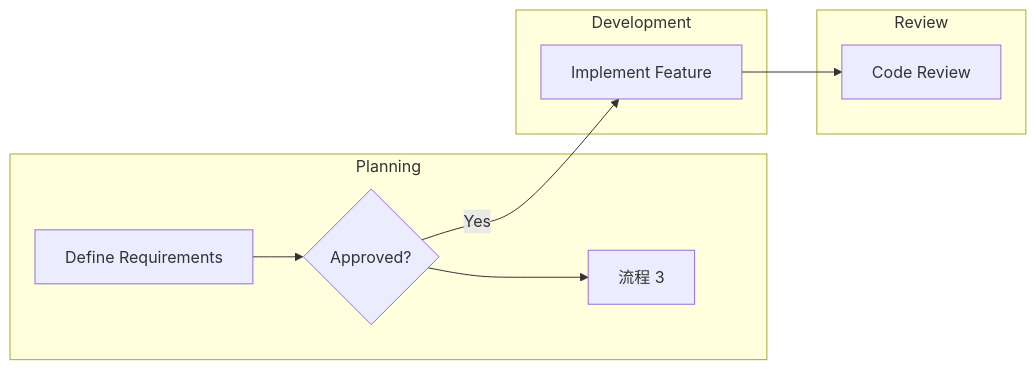
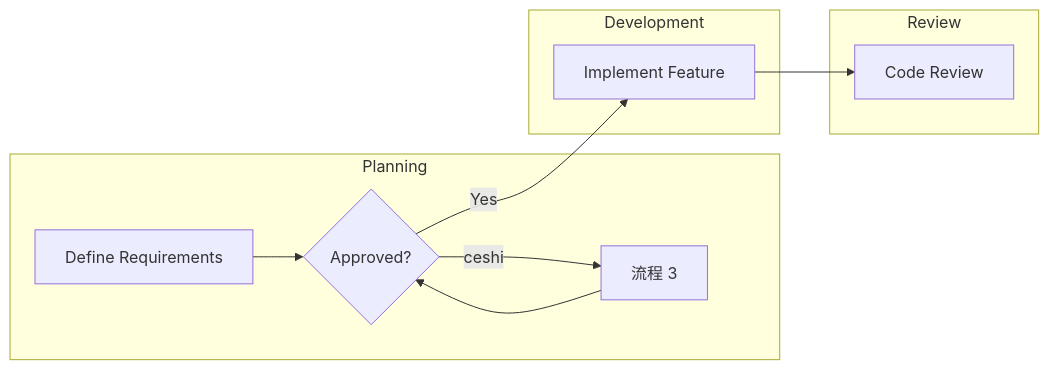
Before and after one commit to pingpm/mermaid_vault: the diagram in mmd/123_b43a13b5-62f2-40f7-9953-98e98a4a432b.mmd, drawn with Mermaid. The commit also changed 2 other files, not shown here.

Commit message:
Sync Mermaid Studio data (11 diagrams)

```diff
--- a/mmd/123_b43a13b5-62f2-40f7-9953-98e98a4a432b.mmd
+++ b/mmd/123_b43a13b5-62f2-40f7-9953-98e98a4a432b.mmd
@@ -1,16 +1,17 @@
 graph LR
   subgraph lane_lane_1["Planning"]
     t_task_2{"Approved?"}
     t_task_1["Define Requirements"]
     t_3d4d3c03_8ba1_4aec_83b1_1abf996d96d6["流程 3"]
   end
   subgraph lane_lane_2["Development"]
     t_task_3["Implement Feature"]
   end
   subgraph lane_lane_3["Review"]
     t_task_4["Code Review"]
   end
   t_task_1 --> t_task_2
   t_task_2 -->|"Yes"| t_task_3
   t_task_3 --> t_task_4
-  t_task_2 --> t_3d4d3c03_8ba1_4aec_83b1_1abf996d96d6
+  t_task_2 -->|"ceshi"| t_3d4d3c03_8ba1_4aec_83b1_1abf996d96d6
+  t_3d4d3c03_8ba1_4aec_83b1_1abf996d96d6 --> t_task_2
```
